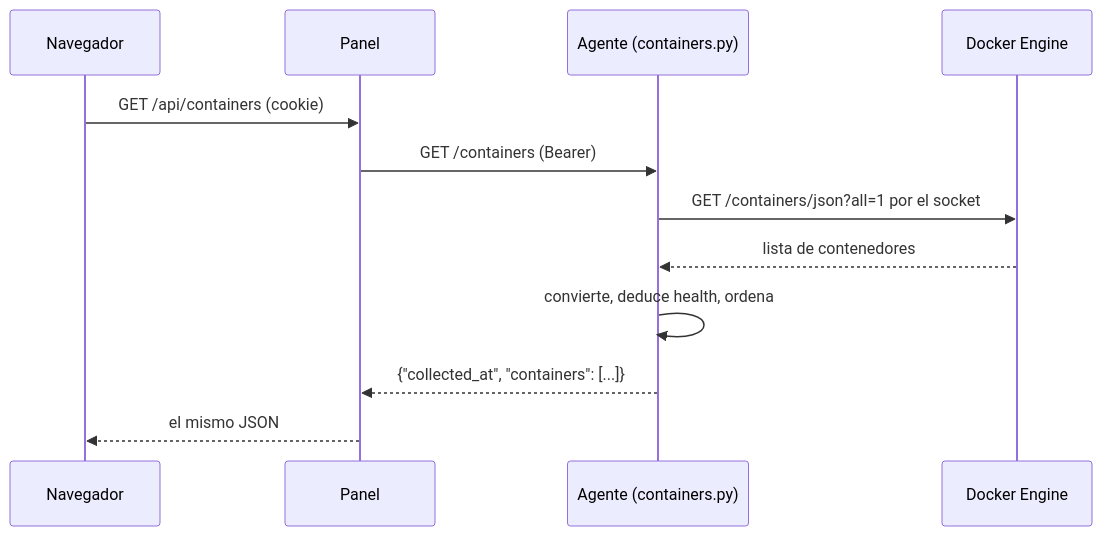
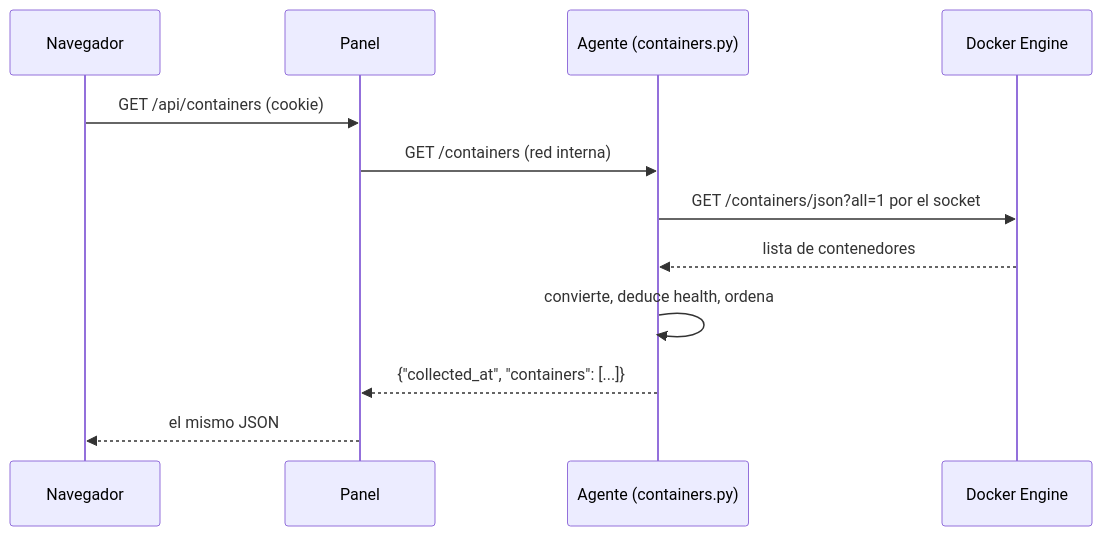
One commit to javialbala/Server-Monitoring-Service changed the third of 4 diagrams in docs/04-backend.md. Above: the diagram before and after it, drawn with Mermaid. The commit also changed other lines of this file and 17 other files, not shown here.

````diff
--- a/docs/04-backend.md
+++ b/docs/04-backend.md
@@ -280,15 +255,15 @@
 ```mermaid
 sequenceDiagram
     participant B as Navegador
     participant P as Panel
     participant A as Agente (containers.py)
     participant D as Docker Engine
 
     B->>P: GET /api/containers (cookie)
-    P->>A: GET /containers (Bearer)
+    P->>A: GET /containers (red interna)
     A->>D: GET /containers/json?all=1 por el socket
     D-->>A: lista de contenedores
     A->>A: convierte, deduce health, ordena
     A-->>P: {"collected_at", "containers": [...]}
     P-->>B: el mismo JSON
 ```
````
